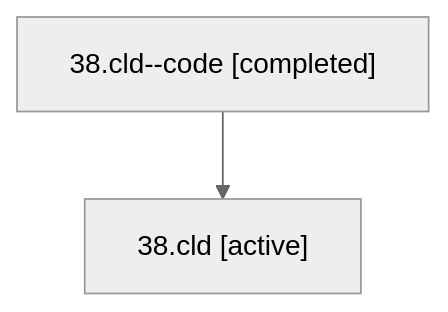
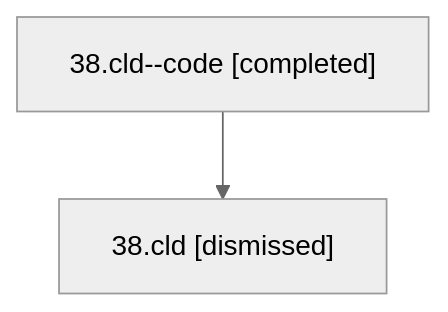
The diagram in sessions/bbugyi200.athena.38.cld.md (sase-org/sase--agents), drawn with Mermaid (neutral theme) before and after one commit. The commit also changed other lines of this file and 26 other files, not shown here.

````diff
--- a/sessions/bbugyi200.athena.38.cld.md
+++ b/sessions/bbugyi200.athena.38.cld.md
@@ -9,6 +9,6 @@
 ```mermaid
 flowchart TD
   n0["38.cld--code [completed]"]
-  n1["38.cld [active]"]
+  n1["38.cld [dismissed]"]
   n0 --> n1
 ```
````
